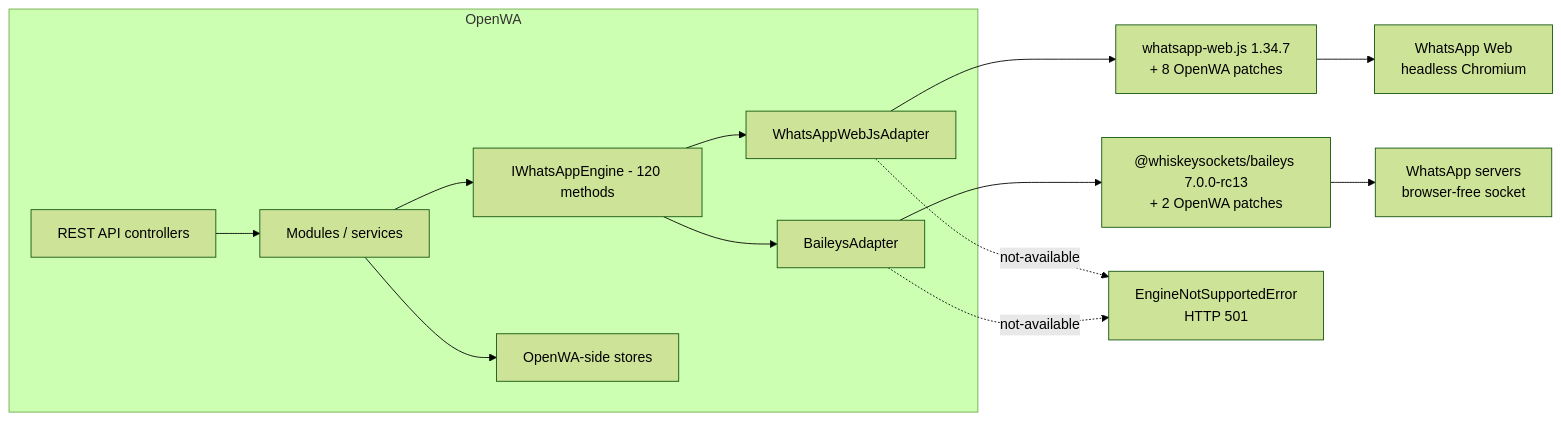
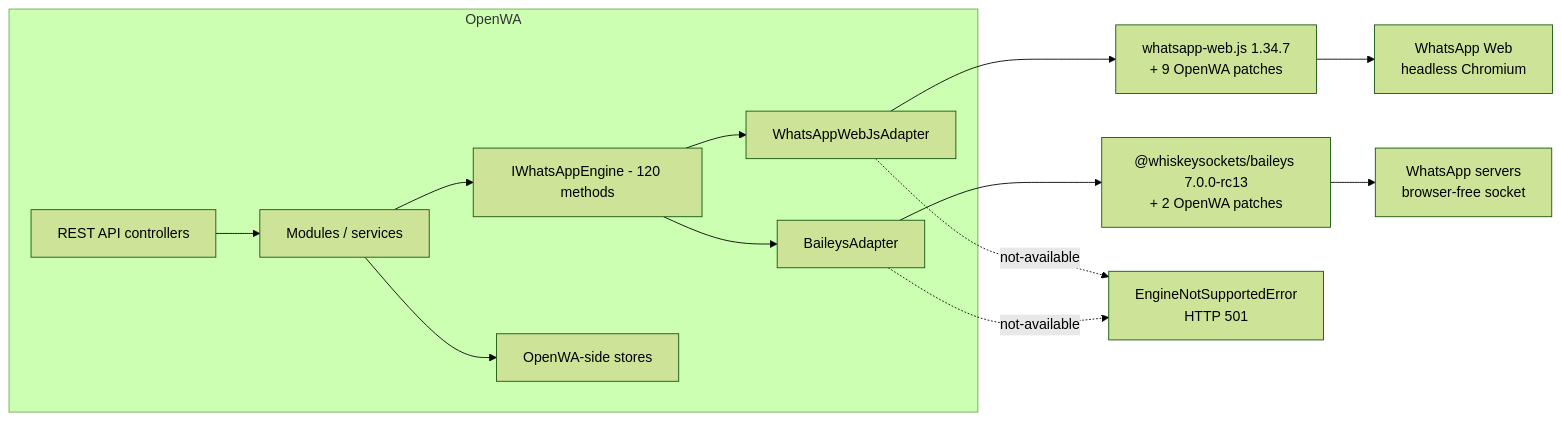
One commit to purnamcommunity/OpenWA changed the first of 2 diagrams in docs/29-engine-capability-matrix.md. Above: the diagram before and after it, drawn with Mermaid (forest theme). The commit also changed other lines of this file and 6 other files, not shown here.

````diff
--- a/docs/29-engine-capability-matrix.md
+++ b/docs/29-engine-capability-matrix.md
@@ -43,16 +43,16 @@
 ```mermaid
 flowchart LR
     subgraph OpenWA["OpenWA"]
         API["REST API controllers"] --> SVC["Modules / services"]
         SVC --> IF["IWhatsAppEngine - 120 methods"]
         IF --> WA["WhatsAppWebJsAdapter"]
         IF --> BA["BaileysAdapter"]
         SVC --> STORE["OpenWA-side stores"]
     end
-    WA --> WLIB["whatsapp-web.js 1.34.7<br/>+ 8 OpenWA patches"]
+    WA --> WLIB["whatsapp-web.js 1.34.7<br/>+ 9 OpenWA patches"]
     BA --> BLIB["@whiskeysockets/baileys 7.0.0-rc13<br/>+ 2 OpenWA patches"]
     WLIB --> WEB["WhatsApp Web<br/>headless Chromium"]
     BLIB --> WAS["WhatsApp servers<br/>browser-free socket"]
     WA -.->|"not-available"| E["EngineNotSupportedError<br/>HTTP 501"]
     BA -.->|"not-available"| E
 ```
````
